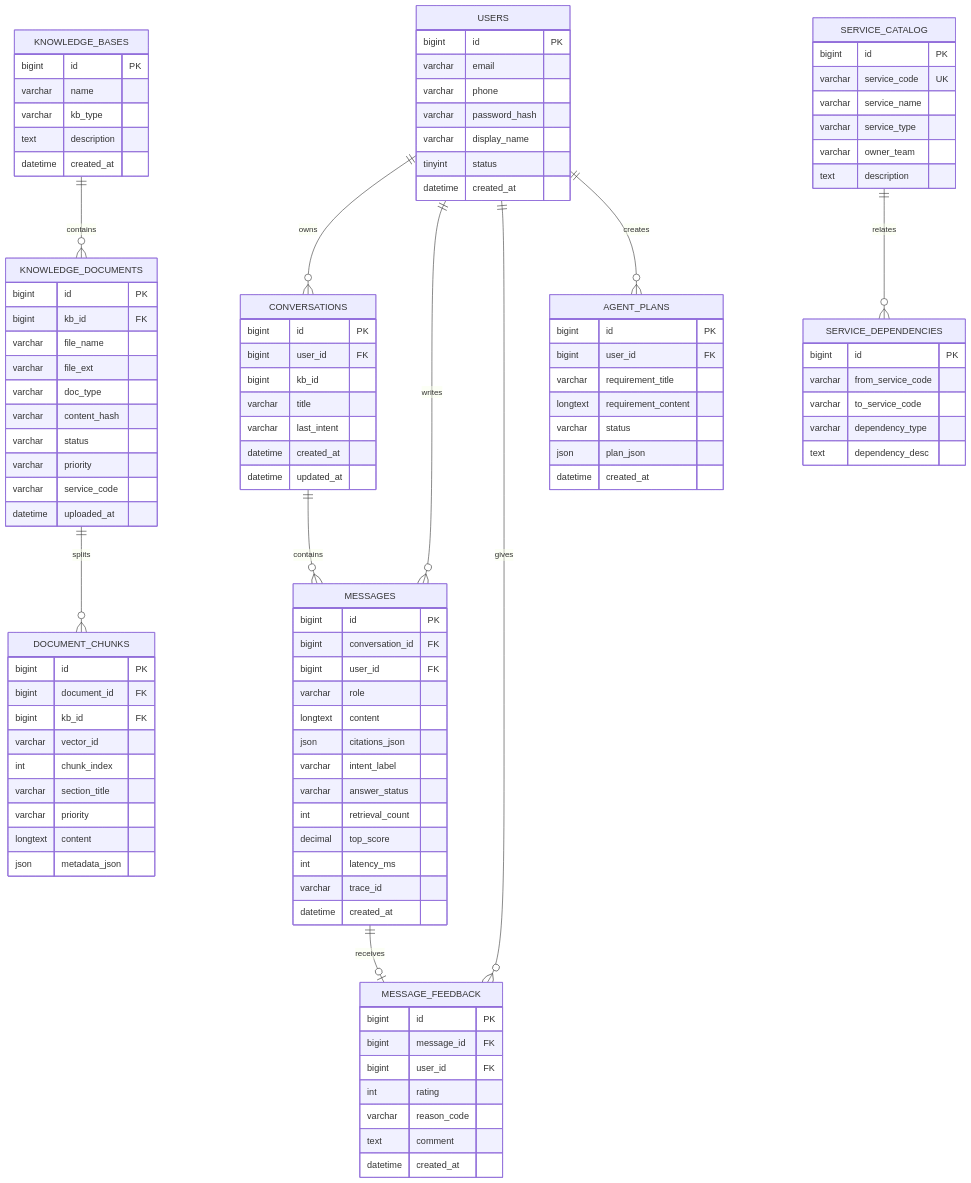
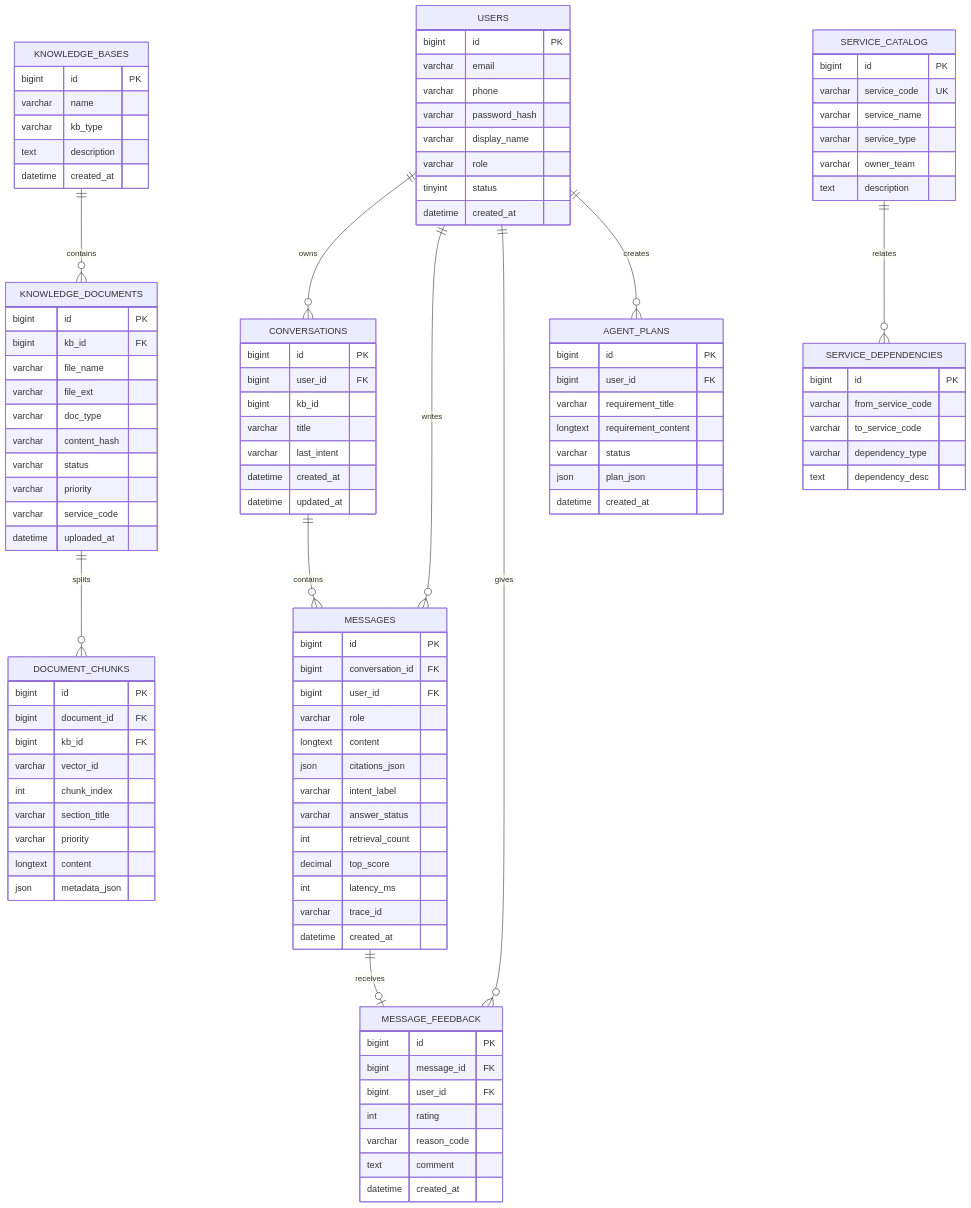
Before and after one commit to farhub-wq/AI-: the diagram in docs/数据库设计.md, drawn with Mermaid. The commit also changed other lines of this file and 23 other files, not shown here.

```diff
--- a/docs/数据库设计.md
+++ b/docs/数据库设计.md
@@ -27,6 +27,7 @@
         varchar phone
         varchar password_hash
         varchar display_name
+        varchar role
         tinyint status
         datetime created_at
     }
```
